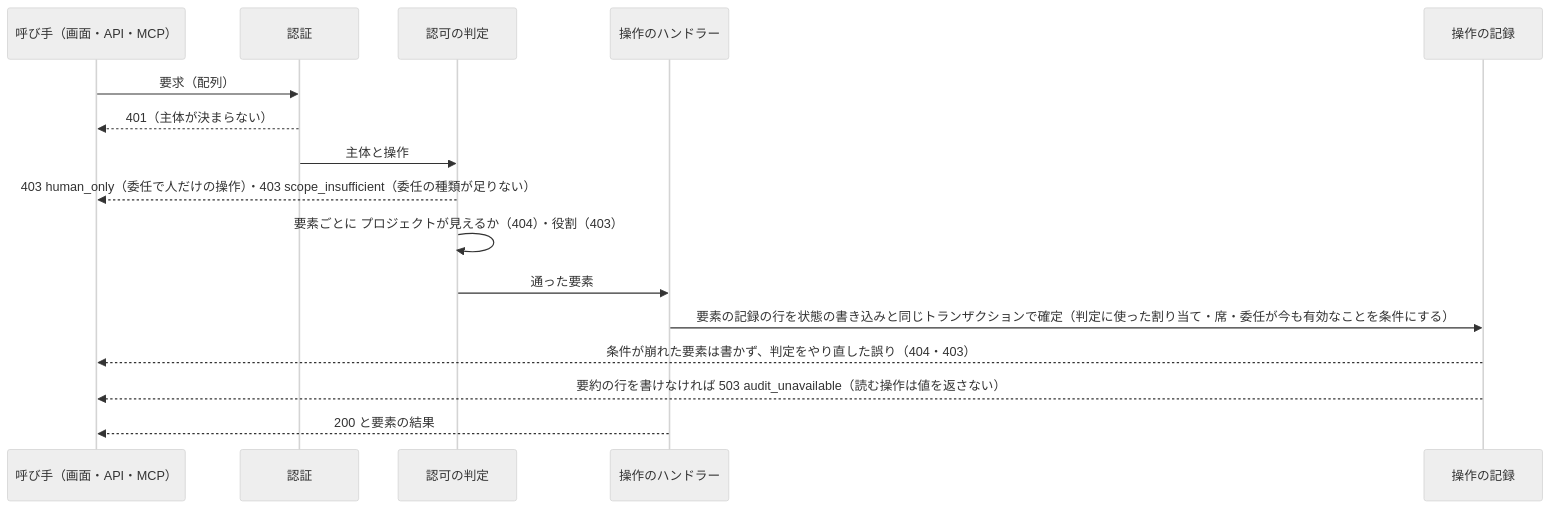
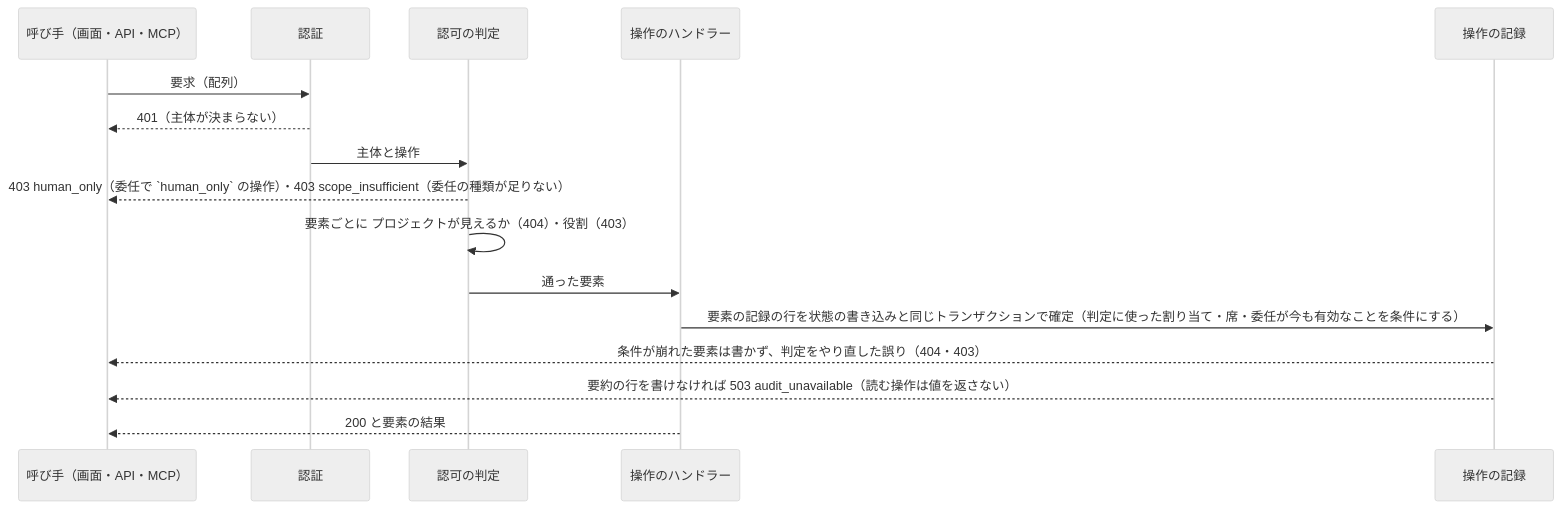
The first of 3 diagrams in docs/design/api.md (devbasex/nd-factory), drawn with Mermaid (neutral theme) before and after one commit. The commit also changed other lines of this file and 10 other files, not shown here.

First line of the commit message:
Docs: 「人だけ」を human_only と呼び、起票の依頼を human_only から外し、irreversible・cost・legal・足した区分・知らない区分をプロジェクトの設定（既定は human_only）にする（利用者の決定）

````diff
--- a/docs/design/api.md
+++ b/docs/design/api.md
@@ -423,18 +423,18 @@
 ```mermaid
 sequenceDiagram
     participant C as 呼び手（画面・API・MCP）
     participant A as 認証
     participant Z as 認可の判定
     participant H as 操作のハンドラー
     participant L as 操作の記録
     C->>A: 要求（配列）
     A-->>C: 401（主体が決まらない）
     A->>Z: 主体と操作
-    Z-->>C: 403 human_only（委任で人だけの操作）・403 scope_insufficient（委任の種類が足りない）
+    Z-->>C: 403 human_only（委任で `human_only` の操作）・403 scope_insufficient（委任の種類が足りない）
     Z->>Z: 要素ごとに プロジェクトが見えるか（404）・役割（403）
     Z->>H: 通った要素
     H->>L: 要素の記録の行を状態の書き込みと同じトランザクションで確定（判定に使った割り当て・席・委任が今も有効なことを条件にする）
     L-->>C: 条件が崩れた要素は書かず、判定をやり直した誤り（404・403）
     L-->>C: 要約の行を書けなければ 503 audit_unavailable（読む操作は値を返さない）
     H-->>C: 200 と要素の結果
 ```
````
